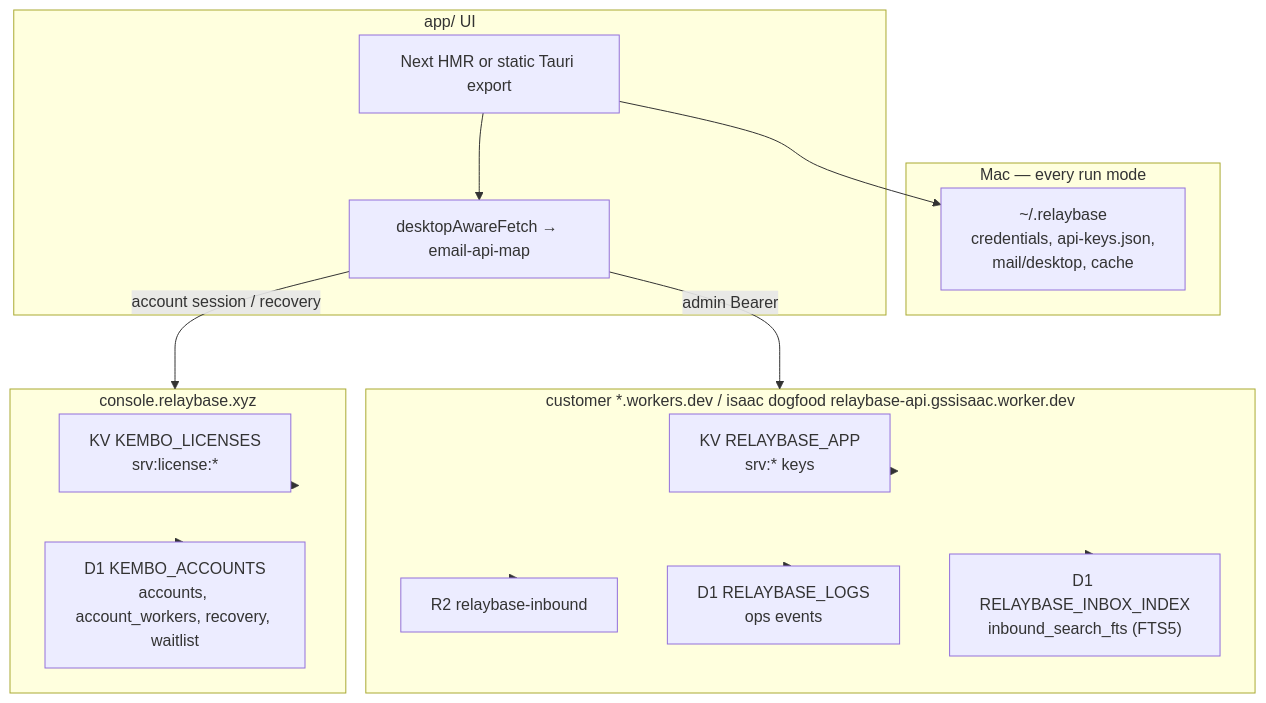
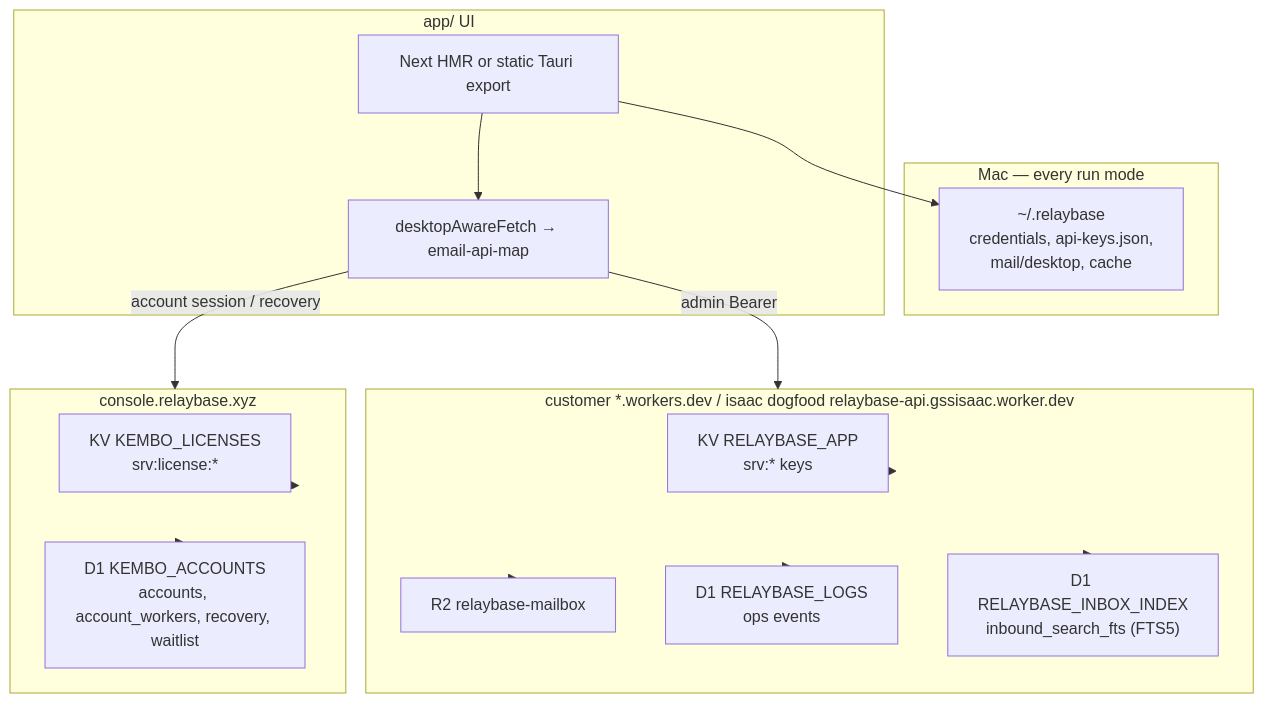
The diagram in docs/storage-architecture.md (gssisaac/relaybase), drawn with Mermaid before and after one commit. The commit also changed other lines of this file and 42 other files, not shown here.

First line of the commit message:
Move mailbox mail and send history onto R2 relaybase-mailbox.

````diff
--- a/docs/storage-architecture.md
+++ b/docs/storage-architecture.md
@@ -25,30 +25,30 @@
 ```mermaid
 flowchart TB
   subgraph local [Mac — every run mode]
     Home["~/.relaybase\ncredentials, api-keys.json,\nmail/desktop, cache"]
   end
   subgraph client [app/ UI]
     UI["Next HMR or static Tauri export"]
     Fetch["desktopAwareFetch → email-api-map"]
   end
   subgraph worker [customer *.workers.dev / isaac dogfood relaybase-api.gssisaac.worker.dev]
     KV["KV RELAYBASE_APP\nsrv:* keys"]
-    R2["R2 relaybase-inbound"]
+    R2["R2 relaybase-mailbox"]
     D1["D1 RELAYBASE_LOGS\nops events"]
     D1Search["D1 RELAYBASE_INBOX_INDEX\ninbound_search_fts (FTS5)"]
   end
   subgraph console [console.relaybase.xyz]
     ConsoleKV["KV KEMBO_LICENSES\nsrv:license:*"]
     ConsoleD1["D1 KEMBO_ACCOUNTS\naccounts, account_workers, recovery, waitlist"]
   end
   UI --> Fetch
   Fetch -->|"admin Bearer"| worker
   Fetch -->|"account session / recovery"| console
   UI --> Home
   worker --> KV
   worker --> R2
   worker --> D1
   worker --> D1Search
   console --> ConsoleKV
   console --> ConsoleD1
 ```
````
